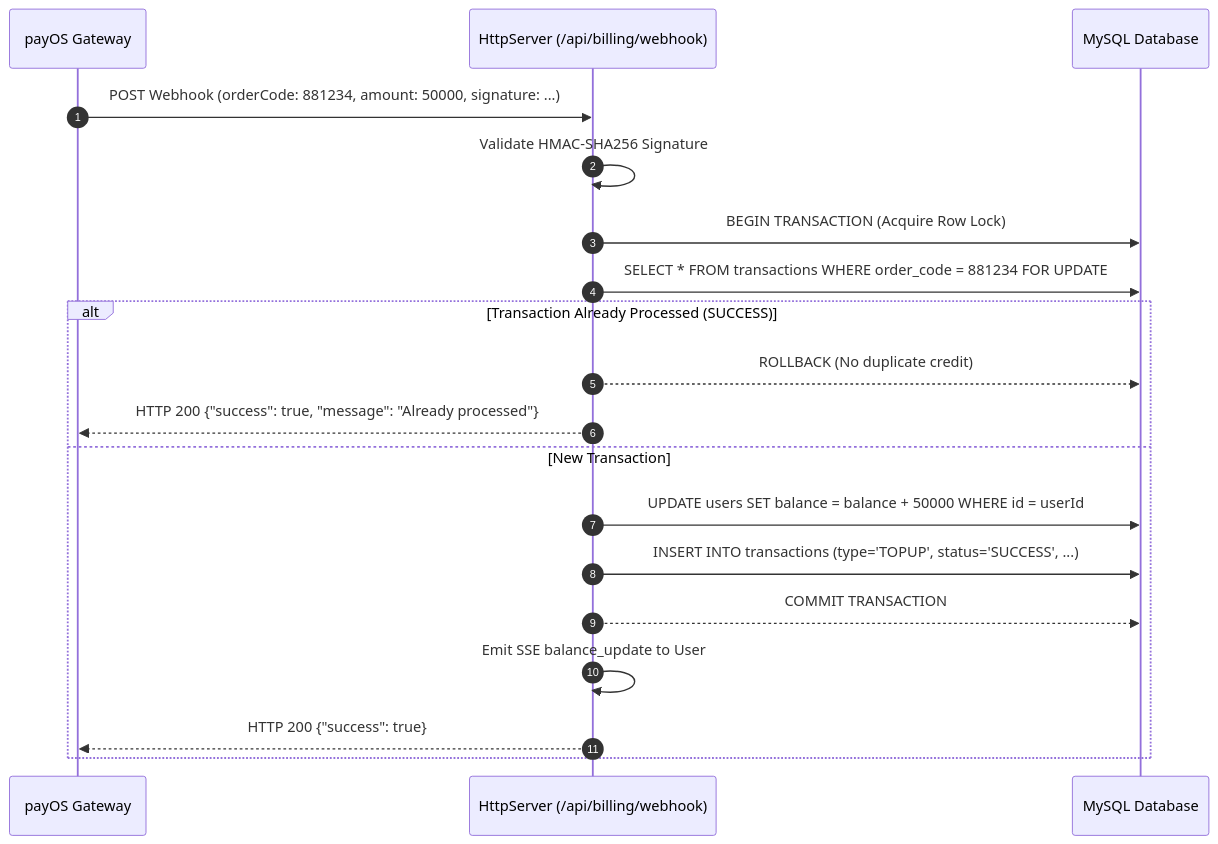
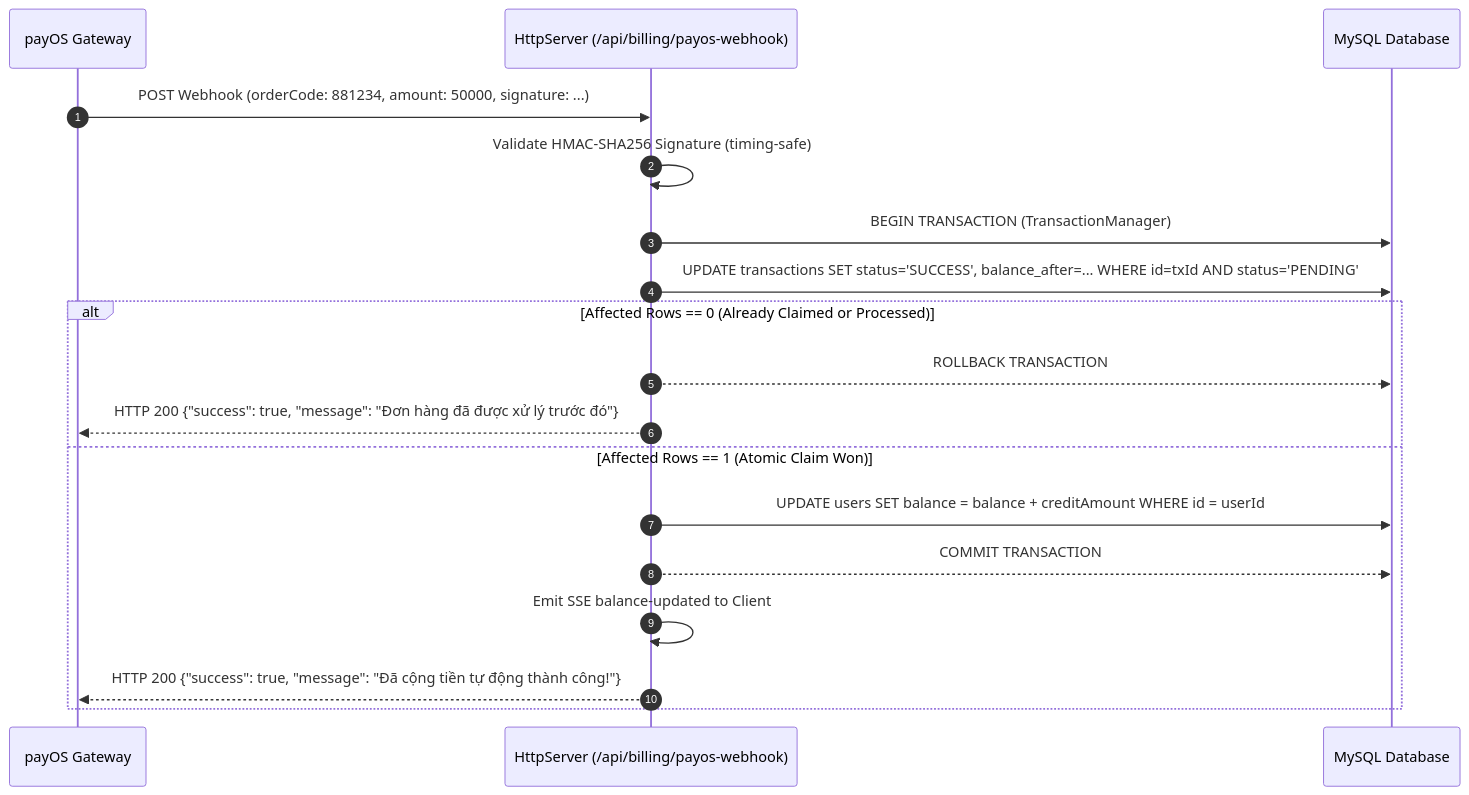
One commit to hoangfhisp/auto-server-manager-avatar2d-angleChip changed the diagram in docs/API_SPECIFICATION.md. Above: the diagram before and after it, drawn with Mermaid. The commit also changed other lines of this file and 6 other files, not shown here.

First line of the commit message:
docs(api): synchronize API routes, database schema, and implement P0/P1 automated test suites

````diff
--- a/docs/API_SPECIFICATION.md
+++ b/docs/API_SPECIFICATION.md
@@ -238,24 +253,23 @@
 ```mermaid
 sequenceDiagram
     autonumber
     participant payOS as payOS Gateway
-    participant Server as HttpServer (/api/billing/webhook)
+    participant Server as HttpServer (/api/billing/payos-webhook)
     participant DB as MySQL Database
     
     payOS->>Server: POST Webhook (orderCode: 881234, amount: 50000, signature: ...)
-    Server->>Server: Validate HMAC-SHA256 Signature
+    Server->>Server: Validate HMAC-SHA256 Signature (timing-safe)
     
-    Server->>DB: BEGIN TRANSACTION (Acquire Row Lock)
-    Server->>DB: SELECT * FROM transactions WHERE order_code = 881234 FOR UPDATE
+    Server->>DB: BEGIN TRANSACTION (TransactionManager)
+    Server->>DB: UPDATE transactions SET status='SUCCESS', balance_after=... WHERE id=txId AND status='PENDING'
     
-    alt Transaction Already Processed (SUCCESS)
-        Server-->>DB: ROLLBACK (No duplicate credit)
-        Server-->>payOS: HTTP 200 {"success": true, "message": "Already processed"}
-    else New Transaction
-        Server->>DB: UPDATE users SET balance = balance + 50000 WHERE id = userId
-        Server->>DB: INSERT INTO transactions (type='TOPUP', status='SUCCESS', ...)
+    alt Affected Rows == 0 (Already Claimed or Processed)
+        Server-->>DB: ROLLBACK TRANSACTION
+        Server-->>payOS: HTTP 200 {"success": true, "message": "Đơn hàng đã được xử lý trước đó"}
+    else Affected Rows == 1 (Atomic Claim Won)
+        Server->>DB: UPDATE users SET balance = balance + creditAmount WHERE id = userId
         Server-->>DB: COMMIT TRANSACTION
-        Server->>Server: Emit SSE balance_update to User
-        Server-->>payOS: HTTP 200 {"success": true}
+        Server->>Server: Emit SSE balance-updated to Client
+        Server-->>payOS: HTTP 200 {"success": true, "message": "Đã cộng tiền tự động thành công!"}
     end
 ```
````
